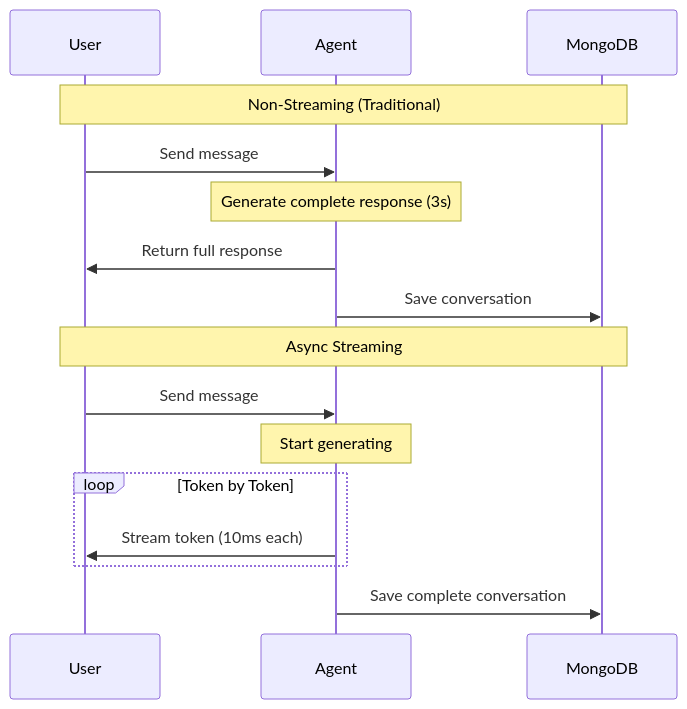
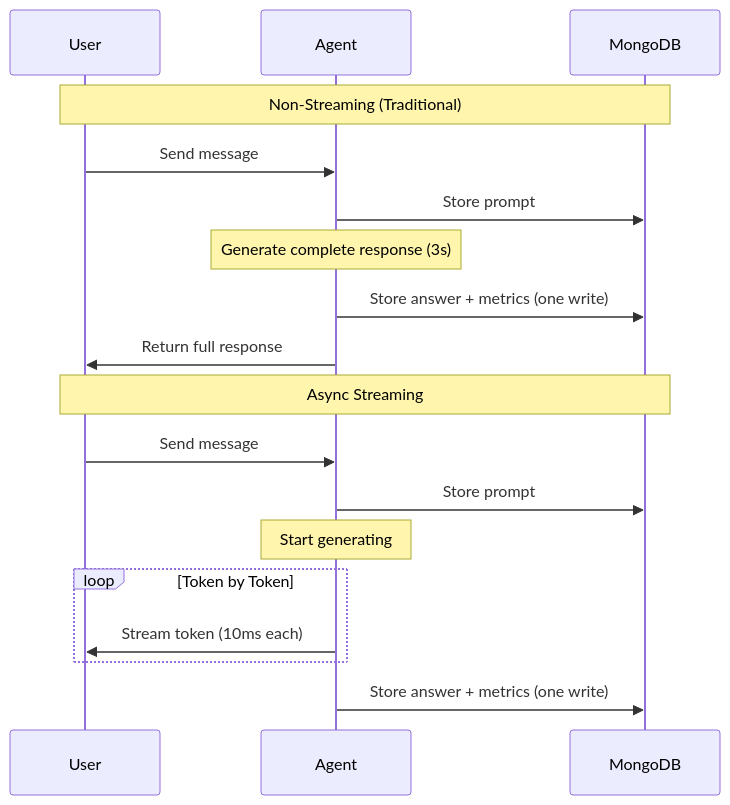
Before and after one commit to iguinea/mongodb-session-manager: the diagram in docs/user-guide/async-streaming.md, drawn with Mermaid. The commit also changed other lines of this file and 25 other files, not shown here.

````diff
--- a/docs/user-guide/async-streaming.md
+++ b/docs/user-guide/async-streaming.md
@@ -29,20 +29,22 @@
 ```mermaid
 sequenceDiagram
     participant User
     participant Agent
     participant MongoDB
 
     Note over User,MongoDB: Non-Streaming (Traditional)
     User->>Agent: Send message
+    Agent->>MongoDB: Store prompt
     Note over Agent: Generate complete response (3s)
+    Agent->>MongoDB: Store answer + metrics (one write)
     Agent->>User: Return full response
-    Agent->>MongoDB: Save conversation
 
     Note over User,MongoDB: Async Streaming
     User->>Agent: Send message
+    Agent->>MongoDB: Store prompt
     Note over Agent: Start generating
     loop Token by Token
         Agent->>User: Stream token (10ms each)
     end
-    Agent->>MongoDB: Save complete conversation
+    Agent->>MongoDB: Store answer + metrics (one write)
 ```
````
